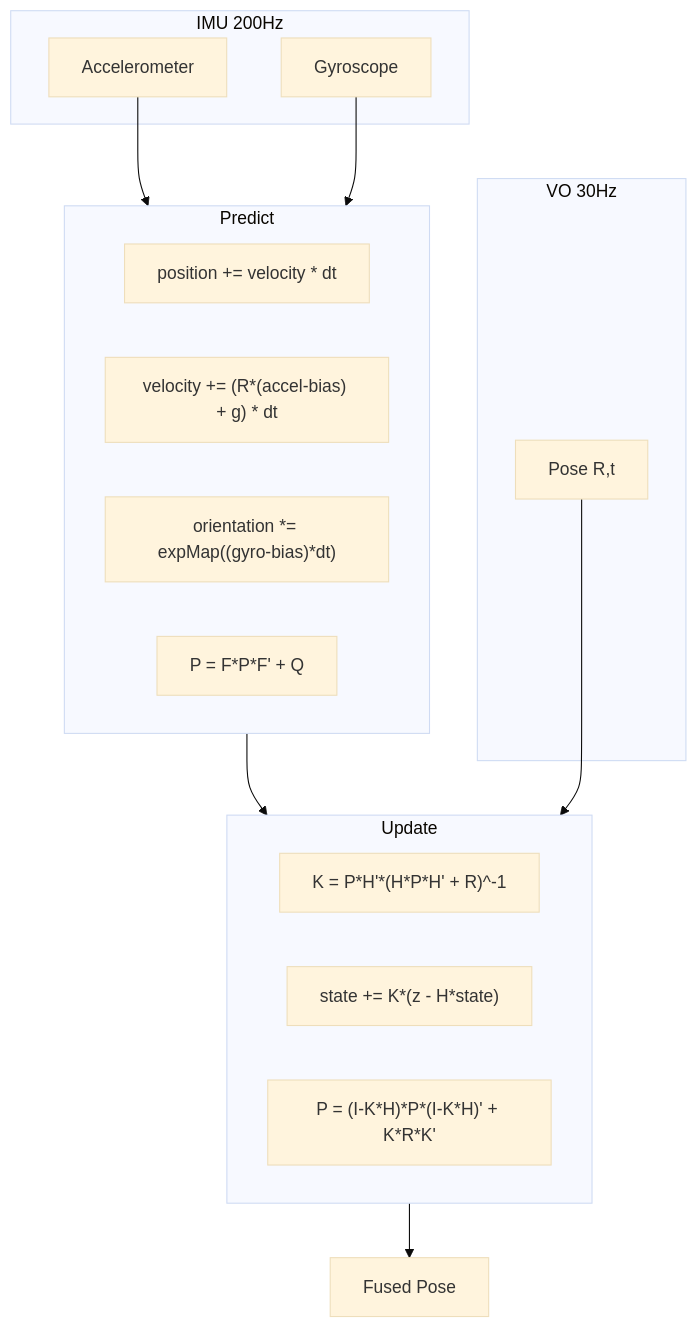
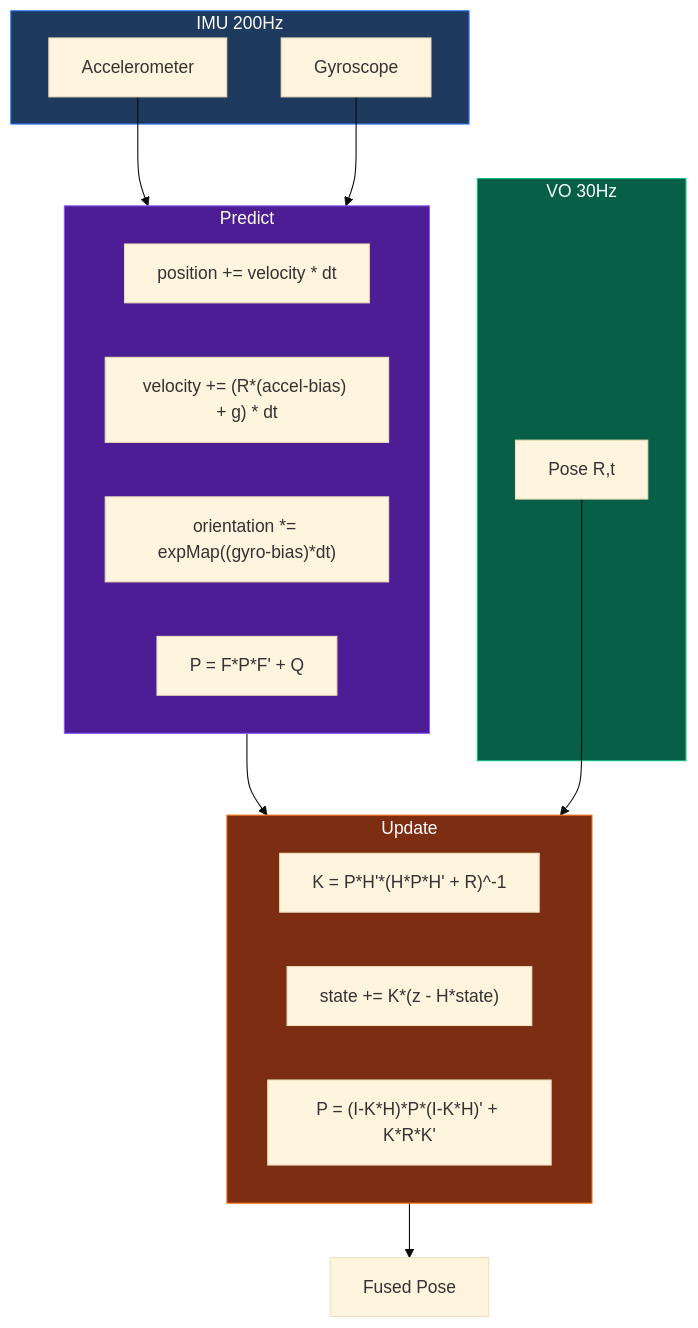
Before and after one commit to robertteleng/aria-slam: the eighth of 11 diagrams in README.md, drawn with Mermaid (base theme). The commit also changed other lines of this file, not shown here.

Commit message:
docs: add colors to Mermaid diagrams and glossary section - Add style colors to all flowchart diagrams (blue/purple/green/orange) - Add Glossary section with 17 acronyms and 14 technical terms - Update Table of Contents - Remove emojis for professional appearance

````diff
--- a/README.md
+++ b/README.md
@@ -333,30 +382,35 @@
 ```mermaid
 flowchart TD
-    subgraph IMU["IMU 200Hz"]
+    subgraph IMU[IMU 200Hz]
         ACC[Accelerometer]
         GYRO[Gyroscope]
     end
 
     subgraph Predict
         A["position += velocity * dt"]
         B["velocity += (R*(accel-bias) + g) * dt"]
         C["orientation *= expMap((gyro-bias)*dt)"]
         D["P = F*P*F' + Q"]
     end
 
-    subgraph VO["VO 30Hz"]
+    subgraph VO[VO 30Hz]
         POSE[Pose R,t]
     end
 
     subgraph Update
         E["K = P*H'*(H*P*H' + R)^-1"]
         F["state += K*(z - H*state)"]
         G["P = (I-K*H)*P*(I-K*H)' + K*R*K'"]
     end
 
     ACC --> Predict
     GYRO --> Predict
     Predict --> Update
     POSE --> Update
     Update --> OUTPUT[Fused Pose]
+
+    style IMU fill:#1e3a5f,stroke:#3b82f6,color:#fff
+    style Predict fill:#4c1d95,stroke:#8b5cf6,color:#fff
+    style VO fill:#065f46,stroke:#10b981,color:#fff
+    style Update fill:#7c2d12,stroke:#f97316,color:#fff
 ```
````
